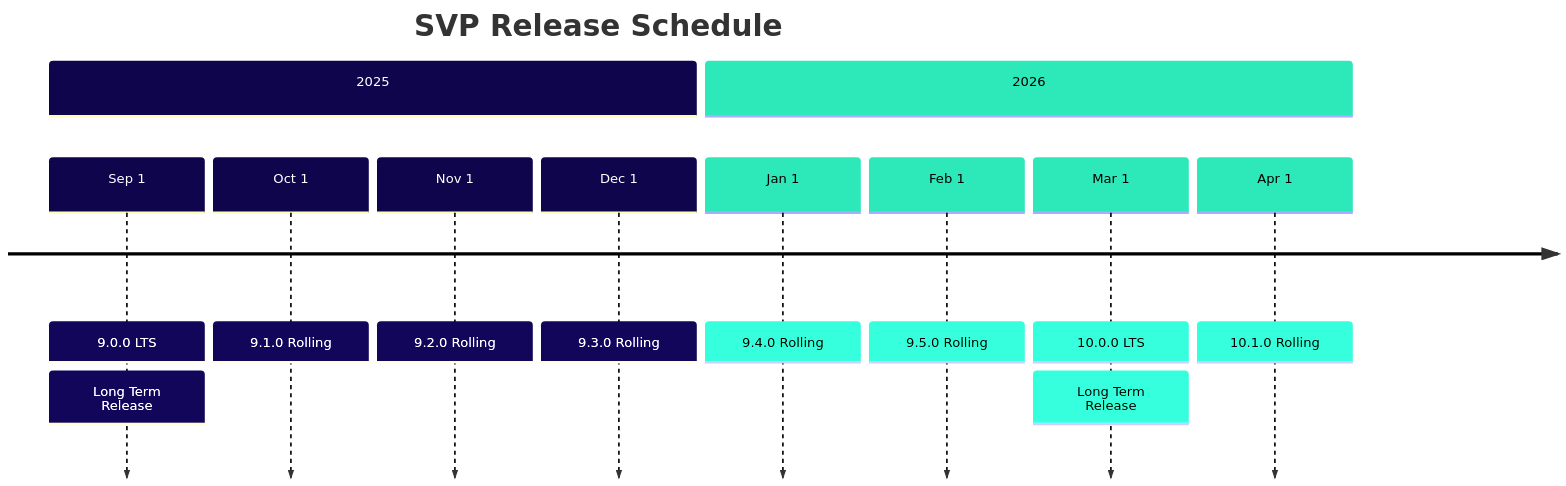
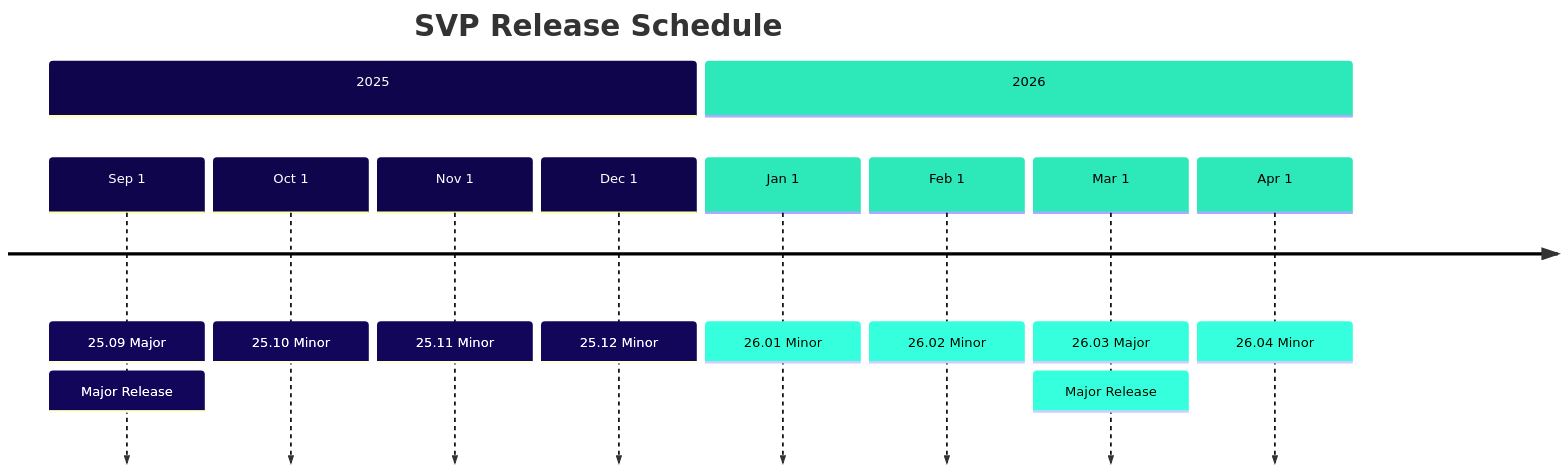
Before and after one commit to sequentech/step: the first of 5 diagrams in docs/docusaurus/docs/reference/product_lifecycle_and_release_cadence.md, drawn with Mermaid. The commit also changed other lines of this file, not shown here.

````diff
--- a/docs/docusaurus/docs/reference/product_lifecycle_and_release_cadence.md
+++ b/docs/docusaurus/docs/reference/product_lifecycle_and_release_cadence.md
@@ -116,23 +110,23 @@
 ```mermaid
 ---
 config:
   theme: 'default'
   themeVariables:
     cScale0: '#0f054c'
     cScale1: '#2de8b9'
 ---
 timeline
     title SVP Release Schedule
     
     section 2025
-        Sep 1 : 9.0.0 LTS : Long Term Release
-        Oct 1 : 9.1.0 Rolling
-        Nov 1 : 9.2.0 Rolling
-        Dec 1 : 9.3.0 Rolling
+        Sep 1 : 25.09 Major : Major Release
+        Oct 1 : 25.10 Minor
+        Nov 1 : 25.11 Minor
+        Dec 1 : 25.12 Minor
     
     section 2026
-        Jan 1 : 9.4.0 Rolling
-        Feb 1 : 9.5.0 Rolling
-        Mar 1 : 10.0.0 LTS : Long Term Release
-        Apr 1 : 10.1.0 Rolling
+        Jan 1 : 26.01 Minor
+        Feb 1 : 26.02 Minor
+        Mar 1 : 26.03 Major : Major Release
+        Apr 1 : 26.04 Minor
 ```
````
